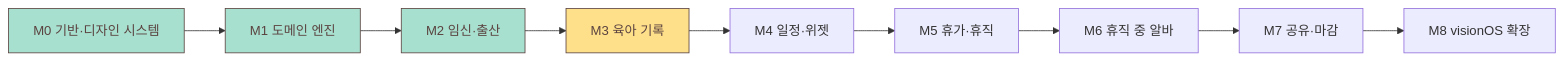
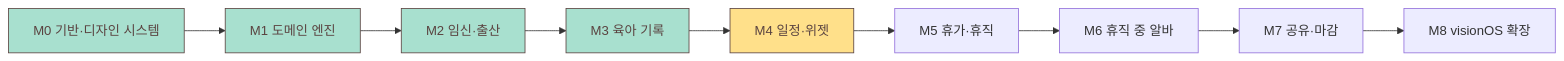
One commit to kimminung/Nestory changed the fifth of 5 diagrams in README.md. Above: the diagram before and after it, drawn with Mermaid. The commit also changed other lines of this file and 29 other files, not shown here.

````diff
--- a/README.md
+++ b/README.md
@@ -160,13 +160,13 @@
 ```mermaid
 flowchart LR
     M0[M0 기반·디자인 시스템]:::done --> M1[M1 도메인 엔진]:::done
     M1 --> M2[M2 임신·출산]:::done
-    M2 --> M3[M3 육아 기록]:::next
-    M3 --> M4[M4 일정·위젯]
+    M2 --> M3[M3 육아 기록]:::done
+    M3 --> M4[M4 일정·위젯]:::next
     M4 --> M5[M5 휴가·휴직]
     M5 --> M6[M6 휴직 중 알바]
     M6 --> M7[M7 공유·마감]
     M7 --> M8[M8 visionOS 확장]
     classDef done fill:#A8E0CF,stroke:#5A4340,color:#5A4340
     classDef next fill:#FFE08A,stroke:#5A4340,color:#5A4340
 ```
````
